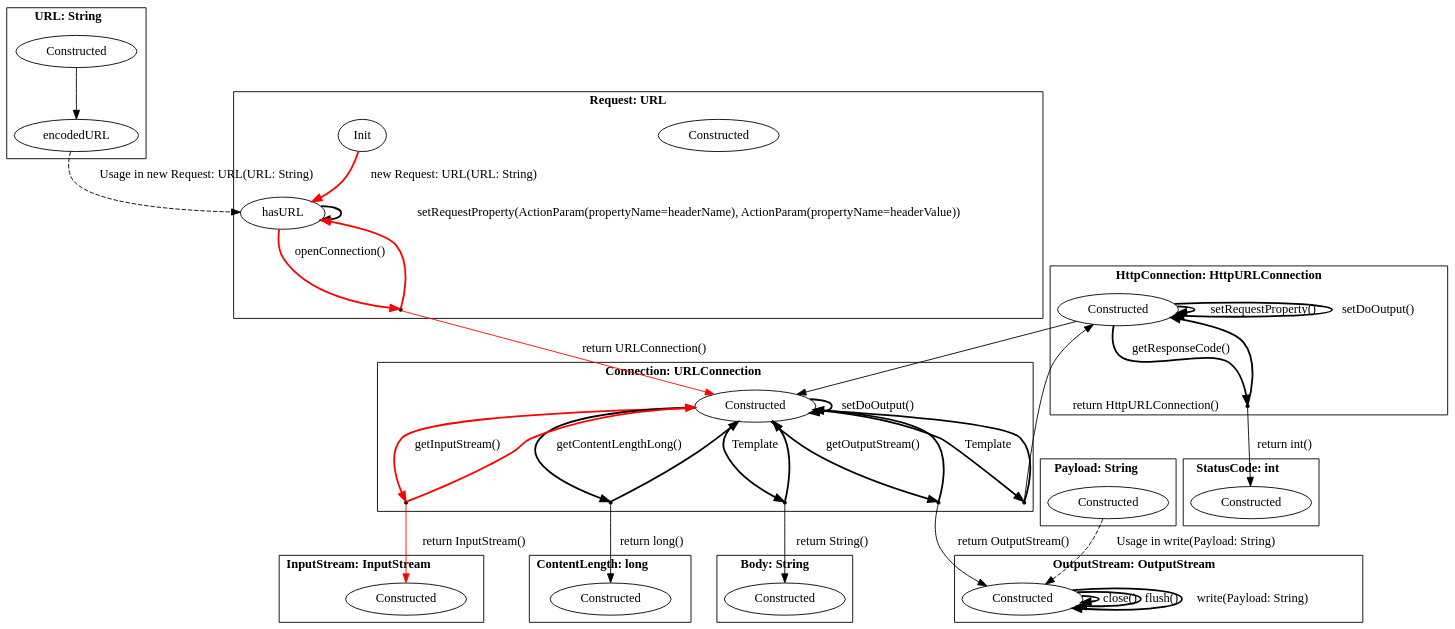
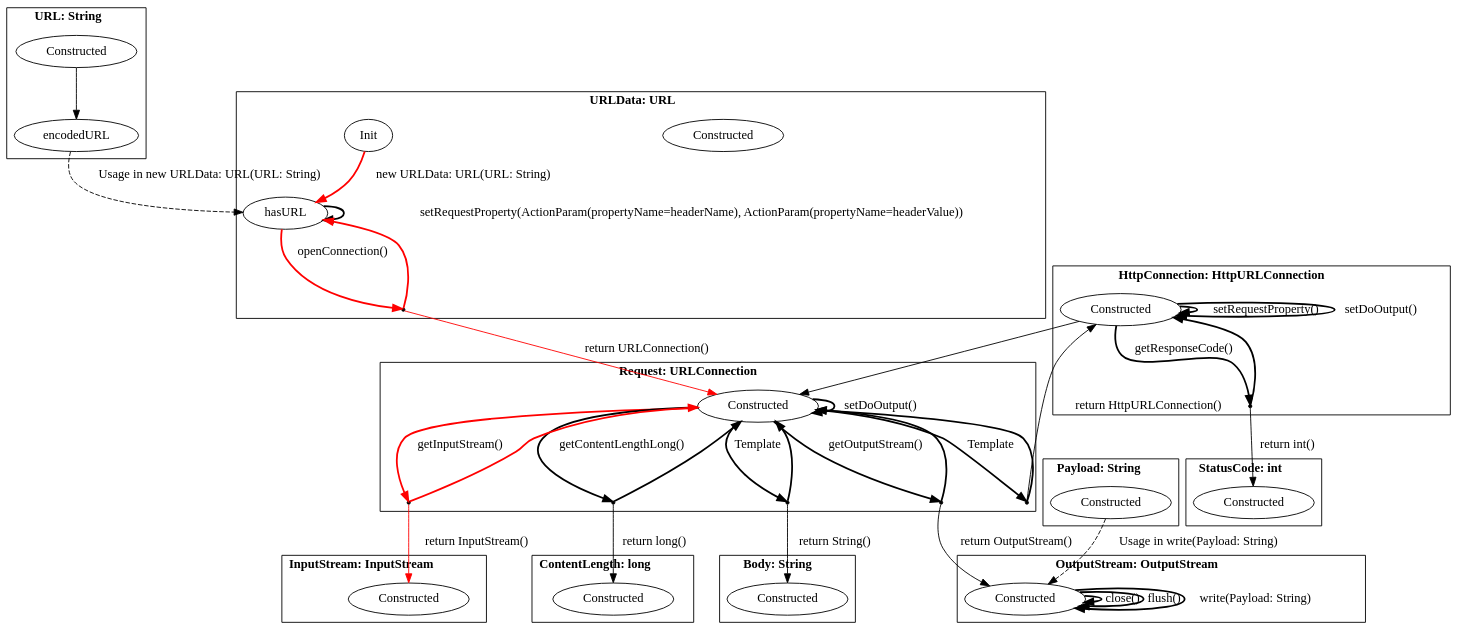
One commit to h31/LibraryMigration changed the diagram in pictures/extracted_javaOfficial.dot. Above: the diagram before and after it, drawn with Graphviz. The commit also changed 11 other files, not shown here.

```diff
--- a/pictures/extracted_javaOfficial.dot
+++ b/pictures/extracted_javaOfficial.dot
@@ -1,86 +1,86 @@
 digraph G {
     bgcolor="transparent";
     subgraph cluster0 {
     label = <<B>URL: String</B>>;
         Constructed_URL [ label="Constructed" ];
         encodedURL_URL [ label="encodedURL" ];
     }
     subgraph cluster1 {
-    label = <<B>Request: URL</B>>;
-        Constructed_Request [ label="Constructed" ];
-        hasURL_Request [ label="hasURL" ];
-        Init_Request [ label="Init" ];
+    label = <<B>URLData: URL</B>>;
+        Constructed_URLData [ label="Constructed" ];
+        hasURL_URLData [ label="hasURL" ];
+        Init_URLData [ label="Init" ];
         virtual0 [ shape = point ];
     }
     subgraph cluster2 {
-    label = <<B>Connection: URLConnection</B>>;
-        Constructed_Connection [ label="Constructed" ];
+    label = <<B>Request: URLConnection</B>>;
+        Constructed_Request [ label="Constructed" ];
         virtual1 [ shape = point ];
         virtual2 [ shape = point ];
         virtual3 [ shape = point ];
         virtual4 [ shape = point ];
         virtual5 [ shape = point ];
     }
     subgraph cluster3 {
     label = <<B>Body: String</B>>;
         Constructed_Body [ label="Constructed" ];
     }
     subgraph cluster4 {
     label = <<B>InputStream: InputStream</B>>;
         Constructed_InputStream [ label="Constructed" ];
     }
     subgraph cluster5 {
     label = <<B>ContentLength: long</B>>;
         Constructed_ContentLength [ label="Constructed" ];
     }
     subgraph cluster6 {
     label = <<B>StatusCode: int</B>>;
         Constructed_StatusCode [ label="Constructed" ];
     }
     subgraph cluster7 {
     label = <<B>HttpConnection: HttpURLConnection</B>>;
         Constructed_HttpConnection [ label="Constructed" ];
         virtual6 [ shape = point ];
     }
     subgraph cluster8 {
     label = <<B>OutputStream: OutputStream</B>>;
         Constructed_OutputStream [ label="Constructed" ];
     }
     subgraph cluster9 {
     label = <<B>Payload: String</B>>;
         Constructed_Payload [ label="Constructed" ];
     }
         Constructed_URL -> encodedURL_URL [ label="", style = "solid"  ];
-        encodedURL_URL -> hasURL_Request [ label="Usage in new Request: URL(URL: String)", style = "dashed"  ];
-        Init_Request -> hasURL_Request [ label="new Request: URL(URL: String)", style = "bold" , color = red ];
-        hasURL_Request -> virtual0 [ style = "bold" label="openConnection()" , color = red ];
-        virtual0 -> hasURL_Request [ style = "bold" , color = red ];
-        virtual0 -> Constructed_Connection [ label="return URLConnection()" , color = red ];
-        Constructed_Connection -> virtual1 [ style = "bold" label="Template"  ];
-        virtual1 -> Constructed_Connection [ style = "bold"  ];
+        encodedURL_URL -> hasURL_URLData [ label="Usage in new URLData: URL(URL: String)", style = "dashed"  ];
+        Init_URLData -> hasURL_URLData [ label="new URLData: URL(URL: String)", style = "bold" , color = red ];
+        hasURL_URLData -> virtual0 [ style = "bold" label="openConnection()" , color = red ];
+        virtual0 -> hasURL_URLData [ style = "bold" , color = red ];
+        virtual0 -> Constructed_Request [ label="return URLConnection()" , color = red ];
+        Constructed_Request -> virtual1 [ style = "bold" label="Template"  ];
+        virtual1 -> Constructed_Request [ style = "bold"  ];
         virtual1 -> Constructed_Body [ label="return String()"  ];
-        Constructed_Connection -> virtual2 [ style = "bold" label="getInputStream()" , color = red ];
-        virtual2 -> Constructed_Connection [ style = "bold" , color = red ];
+        Constructed_Request -> virtual2 [ style = "bold" label="getInputStream()" , color = red ];
+        virtual2 -> Constructed_Request [ style = "bold" , color = red ];
         virtual2 -> Constructed_InputStream [ label="return InputStream()" , color = red ];
-        hasURL_Request -> hasURL_Request [ label="setRequestProperty(ActionParam(propertyName&#x3D;headerName), ActionParam(propertyName&#x3D;headerValue))", style = "bold"  ];
-        Constructed_Connection -> Constructed_Connection [ label="setDoOutput()", style = "bold"  ];
-        Constructed_Connection -> virtual3 [ style = "bold" label="getContentLengthLong()"  ];
-        virtual3 -> Constructed_Connection [ style = "bold"  ];
+        hasURL_URLData -> hasURL_URLData [ label="setRequestProperty(ActionParam(propertyName&#x3D;headerName), ActionParam(propertyName&#x3D;headerValue))", style = "bold"  ];
+        Constructed_Request -> Constructed_Request [ label="setDoOutput()", style = "bold"  ];
+        Constructed_Request -> virtual3 [ style = "bold" label="getContentLengthLong()"  ];
+        virtual3 -> Constructed_Request [ style = "bold"  ];
         virtual3 -> Constructed_ContentLength [ label="return long()"  ];
-        Constructed_Connection -> virtual4 [ style = "bold" label="getOutputStream()"  ];
-        virtual4 -> Constructed_Connection [ style = "bold"  ];
+        Constructed_Request -> virtual4 [ style = "bold" label="getOutputStream()"  ];
+        virtual4 -> Constructed_Request [ style = "bold"  ];
         virtual4 -> Constructed_OutputStream [ label="return OutputStream()"  ];
-        Constructed_Connection -> virtual5 [ style = "bold" label="Template"  ];
-        virtual5 -> Constructed_Connection [ style = "bold"  ];
+        Constructed_Request -> virtual5 [ style = "bold" label="Template"  ];
+        virtual5 -> Constructed_Request [ style = "bold"  ];
         virtual5 -> Constructed_HttpConnection [ label="return HttpURLConnection()"  ];
-        Constructed_HttpConnection -> Constructed_Connection [ label="", style = "solid"  ];
+        Constructed_HttpConnection -> Constructed_Request [ label="", style = "solid"  ];
         Constructed_HttpConnection -> virtual6 [ style = "bold" label="getResponseCode()"  ];
         virtual6 -> Constructed_HttpConnection [ style = "bold"  ];
         virtual6 -> Constructed_StatusCode [ label="return int()"  ];
         Constructed_HttpConnection -> Constructed_HttpConnection [ label="setRequestProperty()", style = "bold"  ];
         Constructed_HttpConnection -> Constructed_HttpConnection [ label="setDoOutput()", style = "bold"  ];
         Constructed_OutputStream -> Constructed_OutputStream [ label="close()", style = "bold"  ];
         Constructed_OutputStream -> Constructed_OutputStream [ label="flush()", style = "bold"  ];
         Constructed_OutputStream -> Constructed_OutputStream [ label="write(Payload: String)", style = "bold"  ];
         Constructed_Payload -> Constructed_OutputStream [ label="Usage in write(Payload: String)", style = "dashed"  ];
 }
```
